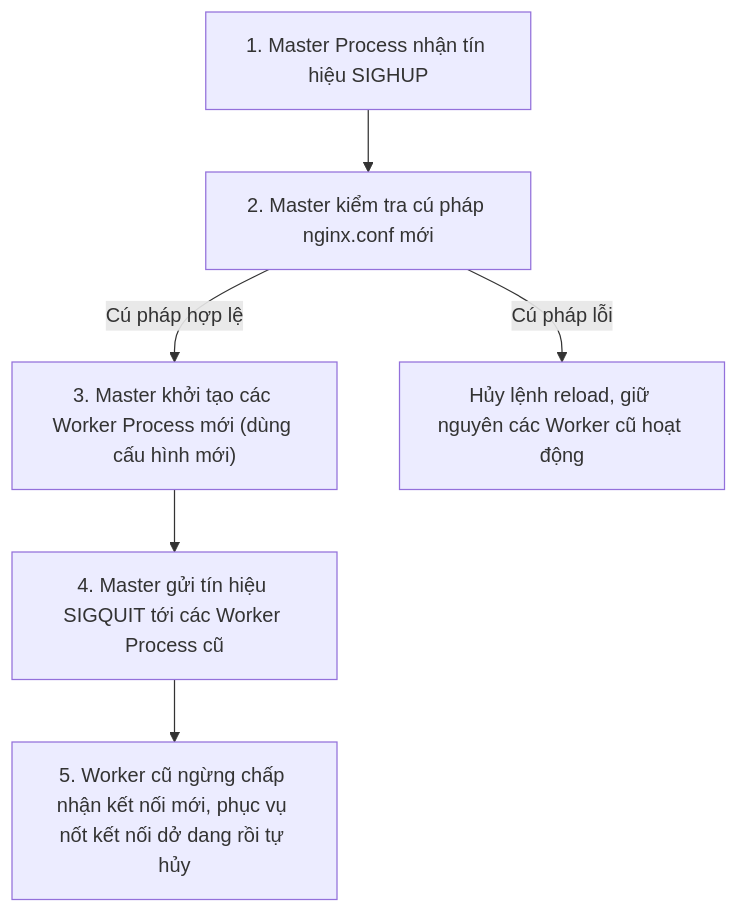
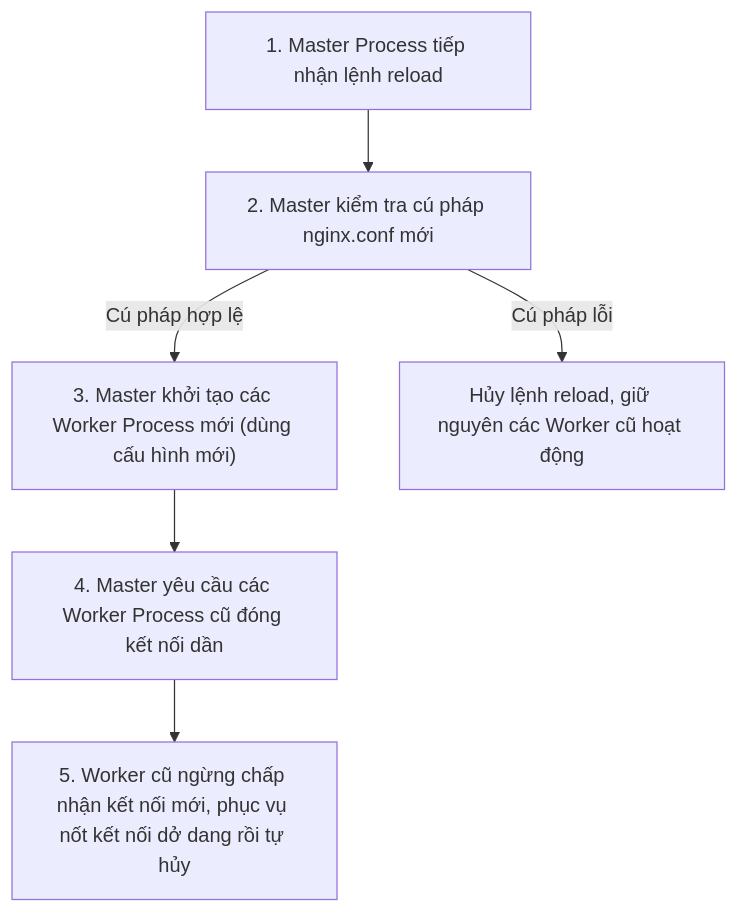
Before and after one commit to MaiTheHao/docs: the third of 3 diagrams in nginx/02_architecture_and_core_concepts.md, drawn with Mermaid. The commit also changed other lines of this file and 10 other files, not shown here.

````diff
--- a/nginx/02_architecture_and_core_concepts.md
+++ b/nginx/02_architecture_and_core_concepts.md
@@ -119,8 +142,8 @@
 ```mermaid
 graph TD
-    Step1["1. Master Process nhận tín hiệu SIGHUP"] --> Step2["2. Master kiểm tra cú pháp nginx.conf mới"]
+    Step1["1. Master Process tiếp nhận lệnh reload"] --> Step2["2. Master kiểm tra cú pháp nginx.conf mới"]
     Step2 -->|Cú pháp hợp lệ| Step3["3. Master khởi tạo các Worker Process mới (dùng cấu hình mới)"]
     Step2 -->|Cú pháp lỗi| StepError["Hủy lệnh reload, giữ nguyên các Worker cũ hoạt động"]
-    Step3 --> Step4["4. Master gửi tín hiệu SIGQUIT tới các Worker Process cũ"]
+    Step3 --> Step4["4. Master yêu cầu các Worker Process cũ đóng kết nối dần"]
     Step4 --> Step5["5. Worker cũ ngừng chấp nhận kết nối mới, phục vụ nốt kết nối dở dang rồi tự hủy"]
 ```
````
